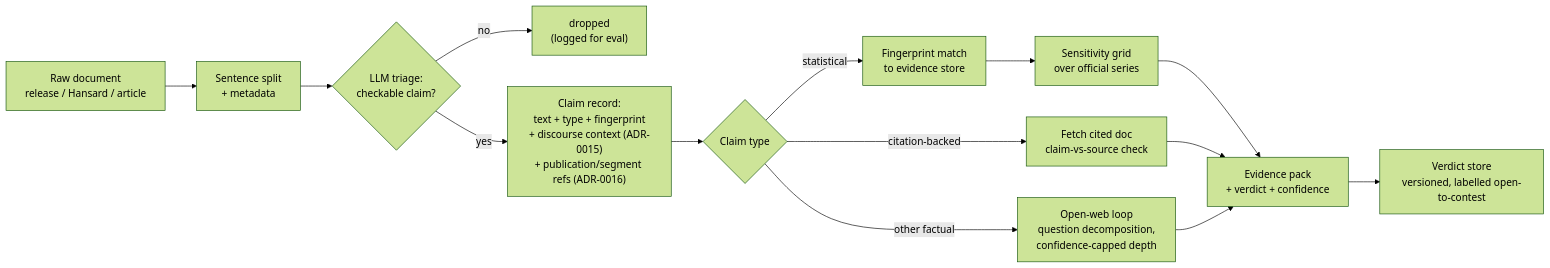
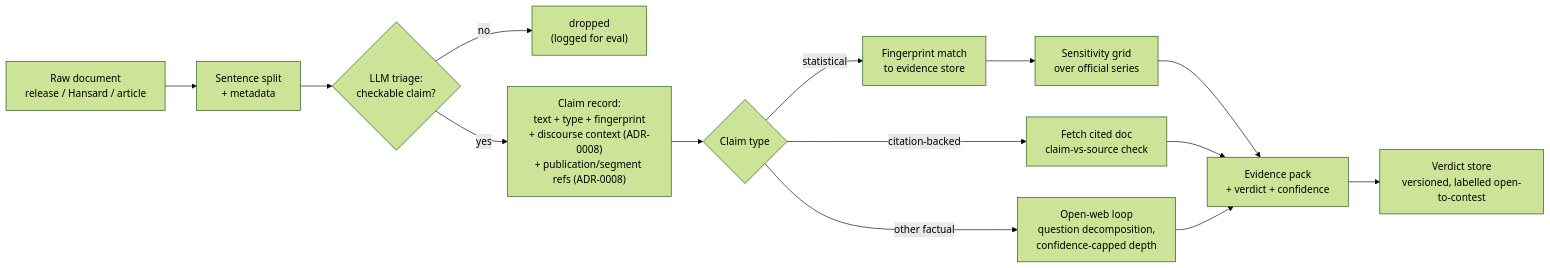
One commit to bradleyscott/claimwatch-nz changed the second of 5 diagrams in docs/ARCHITECTURE.md. Above: the diagram before and after it, drawn with Mermaid (forest theme). The commit also changed other lines of this file and 29 other files, not shown here.

````diff
--- a/docs/ARCHITECTURE.md
+++ b/docs/ARCHITECTURE.md
@@ -68,16 +68,16 @@
 ```mermaid
 flowchart LR
     A["Raw document<br/>release / Hansard / article"] --> B["Sentence split<br/>+ metadata"]
     B --> C{"LLM triage:<br/>checkable claim?"}
     C -- "no" --> Z["dropped<br/>(logged for eval)"]
-    C -- "yes" --> D["Claim record:<br/>text + type + fingerprint<br/>+ discourse context (ADR-0015)<br/>+ publication/segment refs (ADR-0016)"]
+    C -- "yes" --> D["Claim record:<br/>text + type + fingerprint<br/>+ discourse context (ADR-0008)<br/>+ publication/segment refs (ADR-0008)"]
     D --> E{"Claim type"}
     E -- "statistical" --> F["Fingerprint match<br/>to evidence store"]
     F --> G["Sensitivity grid<br/>over official series"]
     E -- "citation-backed" --> H["Fetch cited doc<br/>claim-vs-source check"]
     E -- "other factual" --> I["Open-web loop<br/>question decomposition,<br/>confidence-capped depth"]
     G --> J["Evidence pack<br/>+ verdict + confidence"]
     H --> J
     I --> J
     J --> K["Verdict store<br/>versioned, labelled open-to-contest"]
 ```
````
